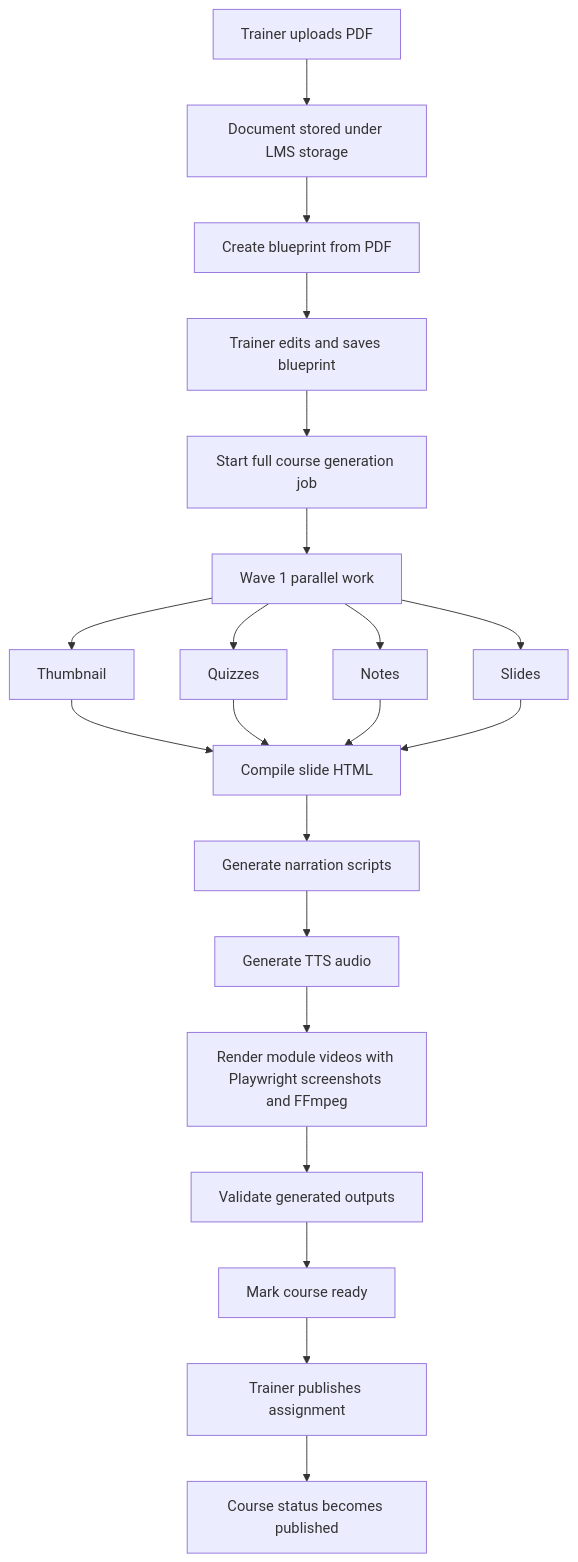
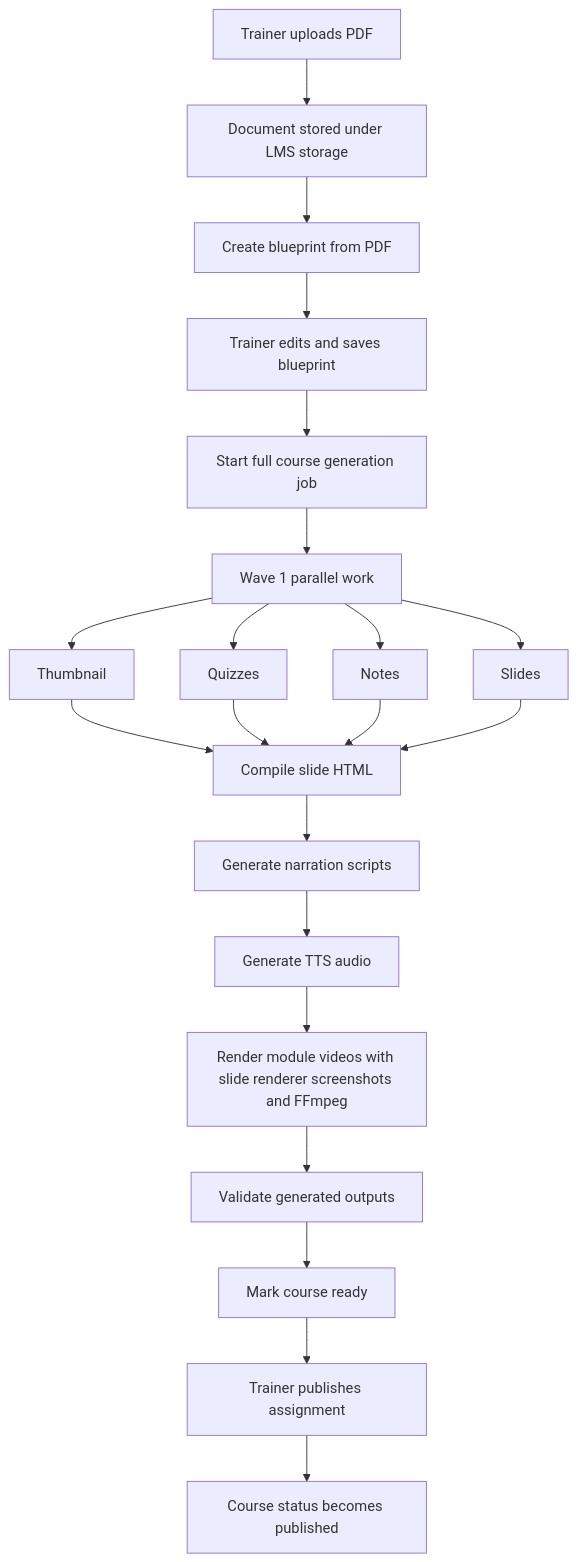
The fourth of 8 diagrams in README.md (PraharshSrivastava/learning-management), drawn with Mermaid before and after one commit. The commit also changed other lines of this file and 21 other files, not shown here.

First line of the commit message:
Move slide screenshots out of the backend image

````diff
--- a/README.md
+++ b/README.md
@@ -268,26 +269,26 @@
 ```mermaid
 flowchart TD
     A[Trainer uploads PDF] --> B[Document stored under LMS storage]
     B --> C[Create blueprint from PDF]
     C --> D[Trainer edits and saves blueprint]
     D --> E[Start full course generation job]
 
     E --> F[Wave 1 parallel work]
     F --> F1[Thumbnail]
     F --> F2[Quizzes]
     F --> F3[Notes]
     F --> F4[Slides]
 
     F1 --> G[Compile slide HTML]
     F2 --> G
     F3 --> G
     F4 --> G
 
     G --> H[Generate narration scripts]
     H --> I[Generate TTS audio]
-    I --> J[Render module videos with Playwright screenshots and FFmpeg]
+    I --> J[Render module videos with slide renderer screenshots and FFmpeg]
     J --> K[Validate generated outputs]
     K --> L[Mark course ready]
     L --> M[Trainer publishes assignment]
     M --> N[Course status becomes published]
 ```
````
